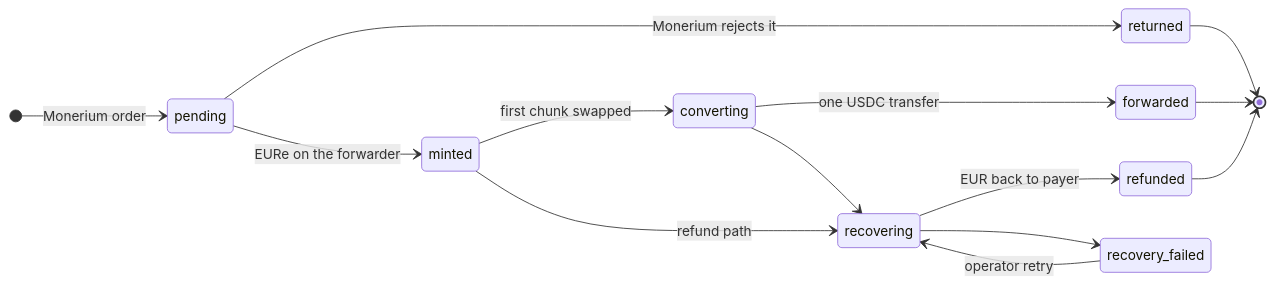
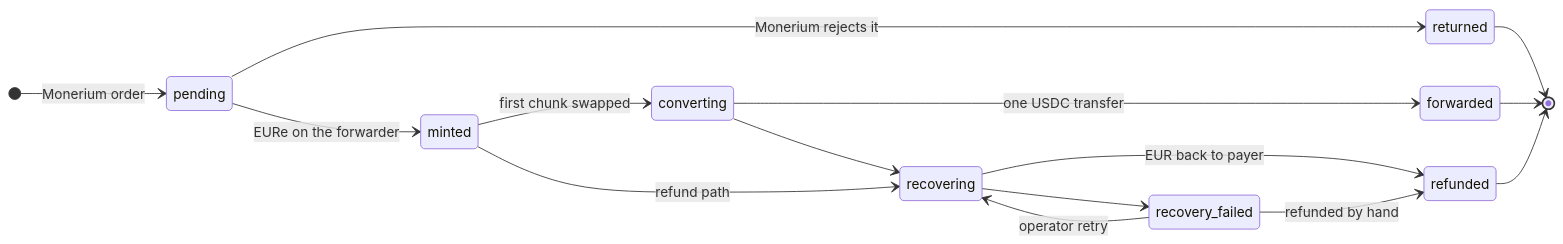
The sixth of 6 diagrams in docs/product-monerium-b2b-flow.md (pendulum-chain/vortex), drawn with Mermaid before and after one commit. The commit also changed 8 other files, not shown here.

````diff
--- a/docs/product-monerium-b2b-flow.md
+++ b/docs/product-monerium-b2b-flow.md
@@ -469,17 +469,18 @@
 ```mermaid
 stateDiagram-v2
     direction LR
     [*] --> pending: Monerium order
     pending --> returned: Monerium rejects it
     pending --> minted: EURe on the forwarder
     minted --> converting: first chunk swapped
     converting --> forwarded: one USDC transfer
     minted --> recovering: refund path
     converting --> recovering
     recovering --> refunded: EUR back to payer
     recovering --> recovery_failed
     recovery_failed --> recovering: operator retry
+    recovery_failed --> refunded: refunded by hand
     forwarded --> [*]
     returned --> [*]
     refunded --> [*]
 ```
````
